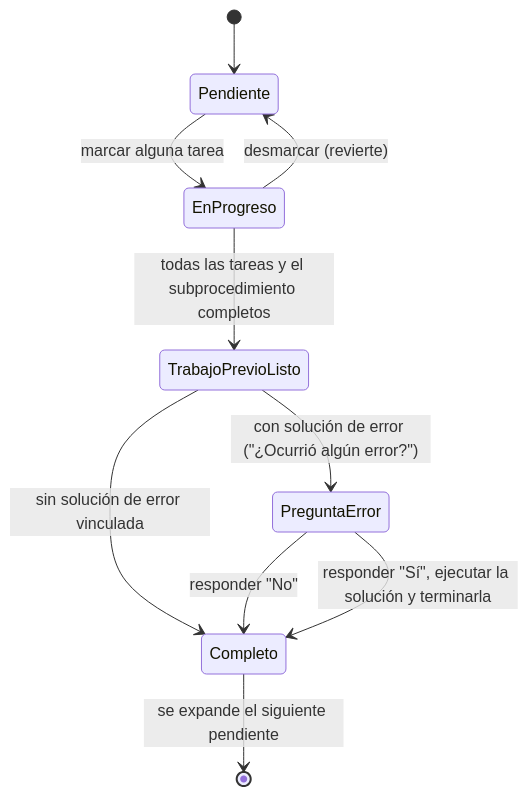
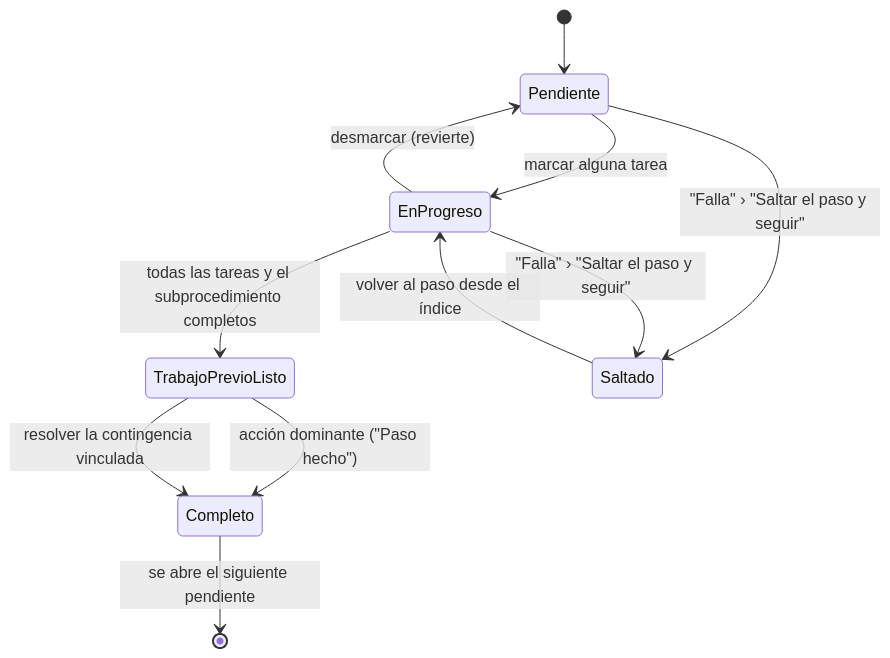
Before and after one commit to estebancuentas140892-star/Soluciones-IT: the fifth of 6 diagrams in ARQUITECTURA_FUNCIONAL.md, drawn with Mermaid. The commit also changed other lines of this file and 11 other files, not shown here.

````diff
--- a/ARQUITECTURA_FUNCIONAL.md
+++ b/ARQUITECTURA_FUNCIONAL.md
@@ -325,12 +325,13 @@
 ```mermaid
 stateDiagram-v2
   [*] --> Pendiente
   Pendiente --> EnProgreso : marcar alguna tarea
   EnProgreso --> Pendiente : desmarcar (revierte)
   EnProgreso --> TrabajoPrevioListo : todas las tareas y el subprocedimiento completos
-  TrabajoPrevioListo --> Completo : sin solución de error vinculada
-  TrabajoPrevioListo --> PreguntaError : con solución de error ("¿Ocurrió algún error?")
-  PreguntaError --> Completo : responder "No"
-  PreguntaError --> Completo : responder "Sí", ejecutar la solución y terminarla
-  Completo --> [*] : se expande el siguiente pendiente
+  TrabajoPrevioListo --> Completo : acción dominante ("Paso hecho")
+  TrabajoPrevioListo --> Completo : resolver la contingencia vinculada
+  Pendiente --> Saltado : "Falla" › "Saltar el paso y seguir"
+  EnProgreso --> Saltado : "Falla" › "Saltar el paso y seguir"
+  Saltado --> EnProgreso : volver al paso desde el índice
+  Completo --> [*] : se abre el siguiente pendiente
 ```
````
